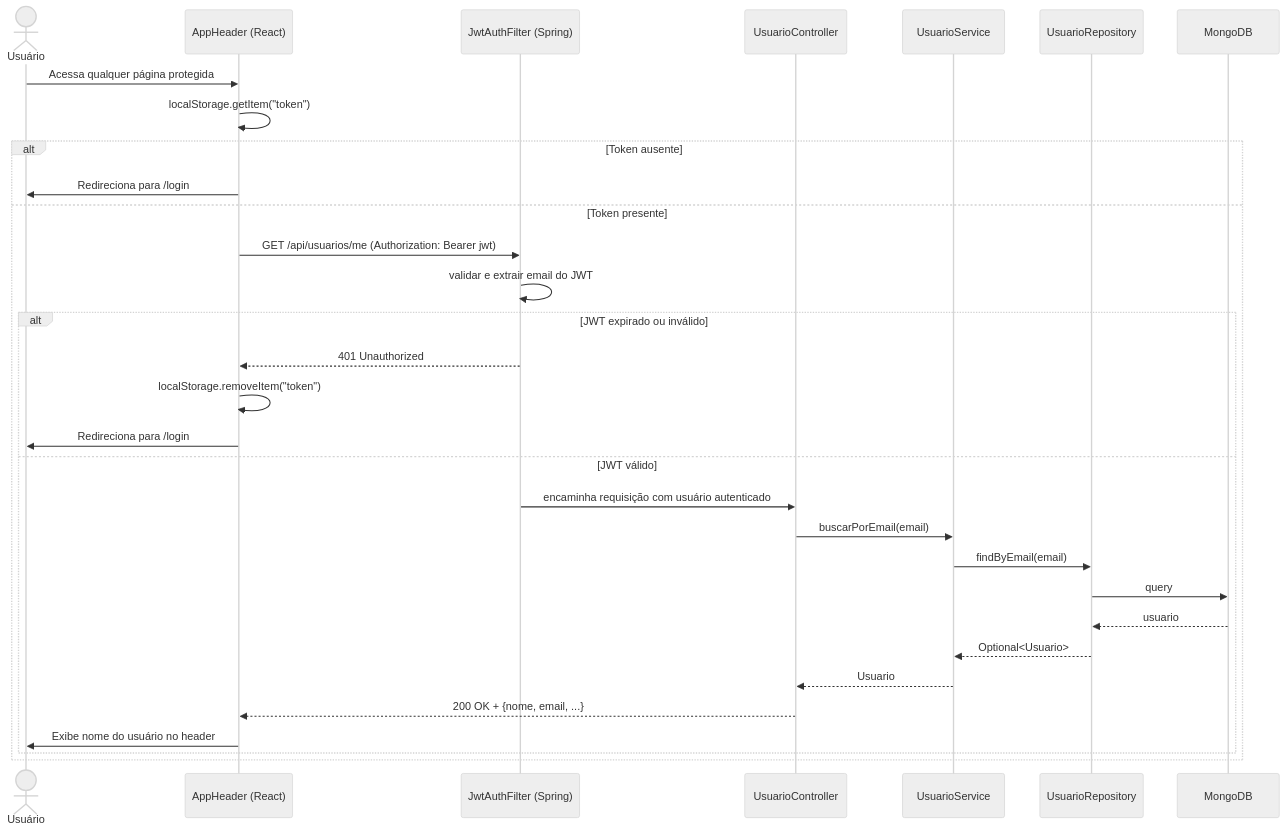
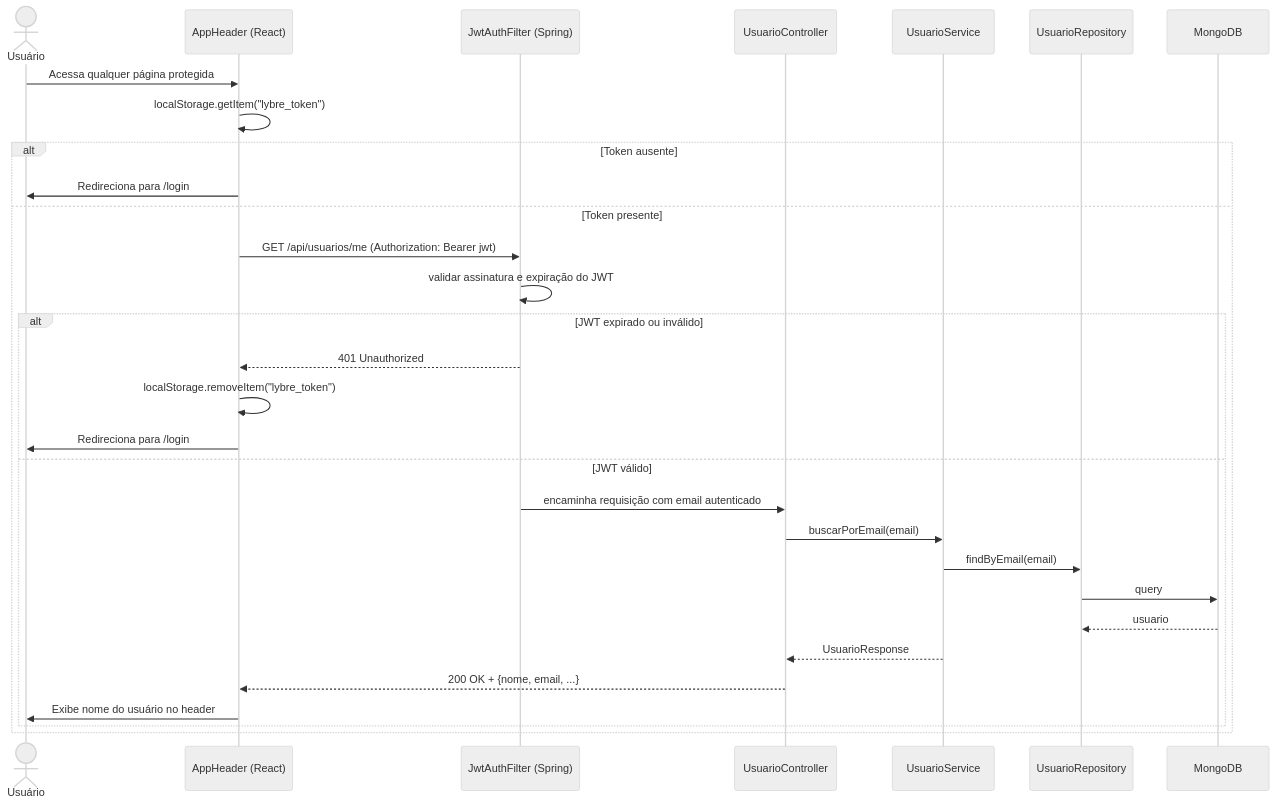
The eighth of 20 diagrams in RTM.md (limmuz/biblioteca), drawn with Mermaid (neutral theme) before and after one commit. The commit also changed other lines of this file and 47 other files, not shown here.

````diff
--- a/RTM.md
+++ b/RTM.md
@@ -307,34 +303,33 @@
 ```mermaid
 sequenceDiagram
     actor U as Usuário
     participant F as AppHeader (React)
     participant J as JwtAuthFilter (Spring)
     participant C as UsuarioController
     participant S as UsuarioService
     participant R as UsuarioRepository
     participant M as MongoDB
 
     U->>F: Acessa qualquer página protegida
-    F->>F: localStorage.getItem("token")
+    F->>F: localStorage.getItem("lybre_token")
     alt Token ausente
         F->>U: Redireciona para /login
     else Token presente
         F->>J: GET /api/usuarios/me (Authorization: Bearer jwt)
-        J->>J: validar e extrair email do JWT
+        J->>J: validar assinatura e expiração do JWT
         alt JWT expirado ou inválido
             J-->>F: 401 Unauthorized
-            F->>F: localStorage.removeItem("token")
+            F->>F: localStorage.removeItem("lybre_token")
             F->>U: Redireciona para /login
         else JWT válido
-            J->>C: encaminha requisição com usuário autenticado
+            J->>C: encaminha requisição com email autenticado
             C->>S: buscarPorEmail(email)
             S->>R: findByEmail(email)
             R->>M: query
             M-->>R: usuario
-            R-->>S: Optional<Usuario>
-            S-->>C: Usuario
+            S-->>C: UsuarioResponse
             C-->>F: 200 OK + {nome, email, ...}
             F->>U: Exibe nome do usuário no header
         end
     end
 ```
````
